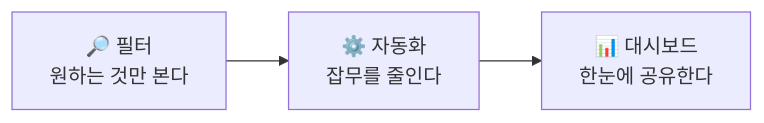
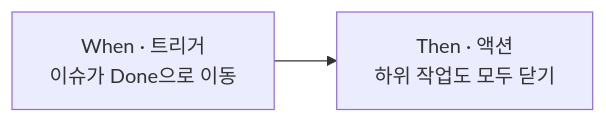
One commit to bbnotest/Smart4_PM changed the diagram in 02_Jira/Step9.md. Above: the diagram before and after it, drawn with Mermaid. The commit also changed other lines of this file and 12 other files, not shown here.

Commit message:
refactor(jira): QA를 7단계로 편입해 1~10 연속 번호로 정리(JQL·자동화·대시보드→8·9·10) + 스크린샷·링크·내비 일괄 재번호

````diff
--- a/02_Jira/Step9.md
+++ b/02_Jira/Step9.md
@@ -35,4 +24,4 @@
 ```mermaid
 graph LR
-    F["🔎 필터<br/>원하는 것만 본다"] --> A["⚙️ 자동화<br/>잡무를 줄인다"] --> D["📊 대시보드<br/>한눈에 공유한다"]
+    T["When · 트리거<br/>이슈가 Done으로 이동"] --> A["Then · 액션<br/>하위 작업도 모두 닫기"]
 ```
````
